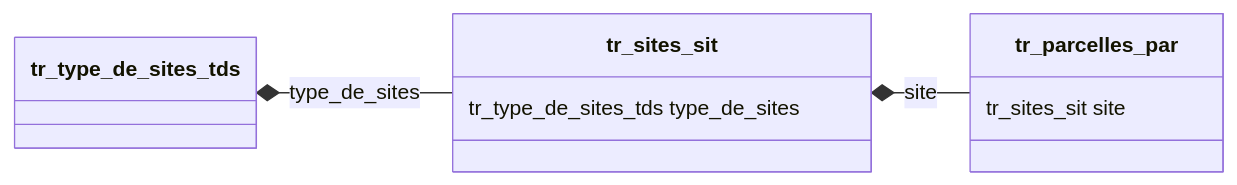
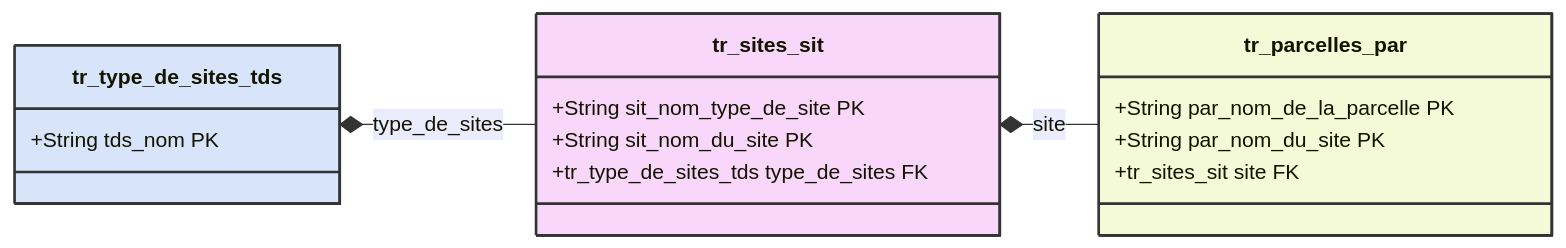
One commit to ptcherniati/openadom changed the diagram in documentations/openadom/fichiers/fichier_echange/data/components/basic_components.qmd. Above: the diagram before and after it, drawn with Mermaid. The commit also changed other lines of this file and 15 other files, not shown here.

````diff
--- a/documentations/openadom/fichiers/fichier_echange/data/components/basic_components.qmd
+++ b/documentations/openadom/fichiers/fichier_echange/data/components/basic_components.qmd
@@ -9,12 +9,28 @@
 ```{mermaid}
-  classDiagram
+classDiagram
     direction LR
     tr_sites_sit *-- tr_parcelles_par:site
     tr_type_de_sites_tds  *-- tr_sites_sit:type_de_sites
-    class tr_sites_sit {
-       tr_type_de_sites_tds type_de_sites
+    
+    class tr_type_de_sites_tds:::pkClass {
+        +String tds_nom PK
     }
-    class tr_parcelles_par {
-       tr_sites_sit site
+    
+    class tr_sites_sit:::fkClass {
+        +String sit_nom_type_de_site PK
+        +String sit_nom_du_site PK
+        +tr_type_de_sites_tds type_de_sites FK
     }
+    
+    class tr_parcelles_par:::fkClass {
+        +String par_nom_de_la_parcelle PK
+        +String par_nom_du_site PK
+        +tr_sites_sit site FK
+    }
+
+  style tr_type_de_sites_tds fill:#d7e4fa,stroke:#333,stroke-width:2px
+  style tr_sites_sit fill:#f8d7fa,stroke:#333,stroke-width:2px
+  style tr_parcelles_par fill:#f4fad7,stroke:#333,stroke-width:2px
+
+
 ```
````
